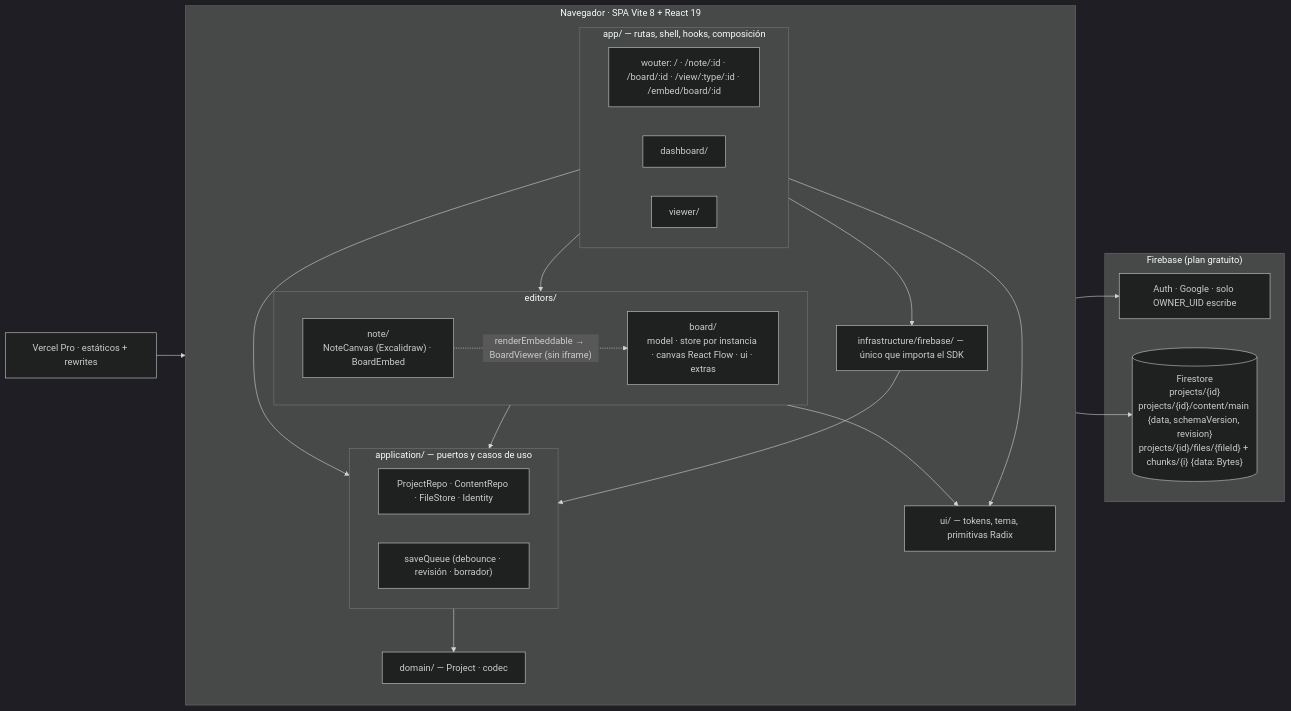
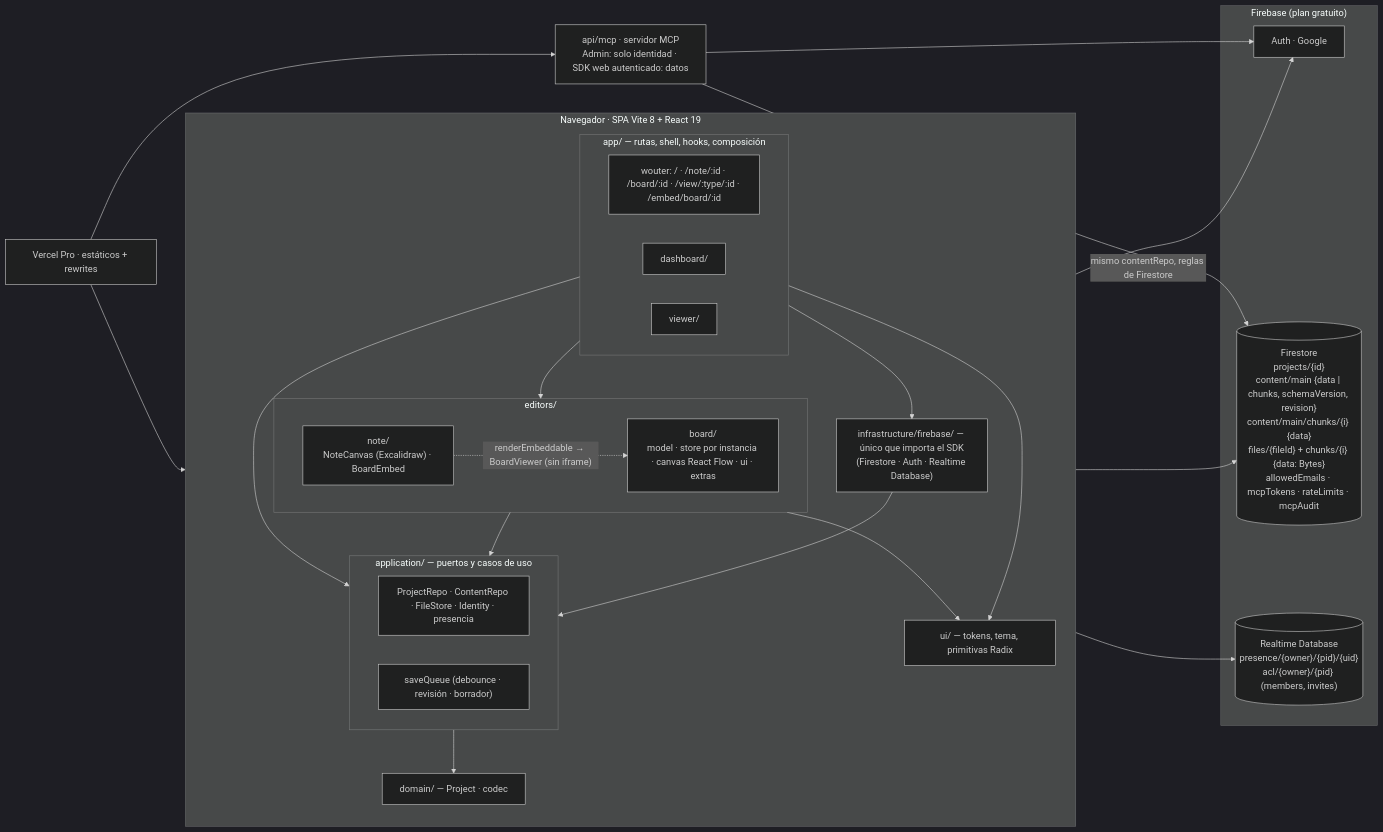
The diagram in docs/architecture.md (JuanGaitanD/drawyourarquitecture), drawn with Mermaid (dark theme) before and after one commit. The commit also changed other lines of this file and 11 other files, not shown here.

````diff
--- a/docs/architecture.md
+++ b/docs/architecture.md
@@ -5,38 +5,44 @@
 ```mermaid
 flowchart LR
   subgraph Browser["Navegador · SPA Vite 8 + React 19"]
     direction TB
     subgraph app["app/ — rutas, shell, hooks, composición"]
       Router["wouter: / · /note/:id · /board/:id · /view/:type/:id · /embed/board/:id"]
       Dash["dashboard/"]
       Viewer["viewer/"]
     end
     subgraph editors["editors/"]
       Note["note/<br/>NoteCanvas (Excalidraw) · BoardEmbed"]
       Board["board/<br/>model · store por instancia · canvas React Flow · ui · extras"]
     end
     UI["ui/ — tokens, tema, primitivas Radix"]
     subgraph application["application/ — puertos y casos de uso"]
-      Ports["ProjectRepo · ContentRepo · FileStore · Identity"]
+      Ports["ProjectRepo · ContentRepo · FileStore · Identity · presencia"]
       Save["saveQueue (debounce · revisión · borrador)"]
     end
     Domain["domain/ — Project · codec"]
-    Infra["infrastructure/firebase/ — único que importa el SDK"]
+    Infra["infrastructure/firebase/ — único que importa el SDK<br/>(Firestore · Auth · Realtime Database)"]
     app --> editors
     app --> application
     app --> Infra
     editors --> application
     editors --> UI
     app --> UI
     application --> Domain
     Infra --> application
     Note -. "renderEmbeddable → BoardViewer (sin iframe)" .-> Board
   end
   subgraph Firebase["Firebase (plan gratuito)"]
-    FAuth["Auth · Google · solo OWNER_UID escribe"]
-    FS[("Firestore<br/>projects/{id}<br/>projects/{id}/content/main {data, schemaVersion, revision}<br/>projects/{id}/files/{fileId} + chunks/{i} {data: Bytes}")]
+    FAuth["Auth · Google"]
+    FS[("Firestore<br/>projects/{id}<br/>content/main {data | chunks, schemaVersion, revision}<br/>content/main/chunks/{i} {data}<br/>files/{fileId} + chunks/{i} {data: Bytes}<br/>allowedEmails · mcpTokens · rateLimits · mcpAudit")]
+    RTDB[("Realtime Database<br/>presence/{owner}/{pid}/{uid}<br/>acl/{owner}/{pid} (members, invites)")]
   end
   Vercel["Vercel Pro · estáticos + rewrites"] --> Browser
+  MCP["api/mcp · servidor MCP<br/>Admin: solo identidad · SDK web autenticado: datos"]
+  Vercel --> MCP
   Infra --> FAuth
   Infra --> FS
+  Infra --> RTDB
+  MCP --> FAuth
+  MCP -->|"mismo contentRepo, reglas de Firestore"| FS
 ```
````
